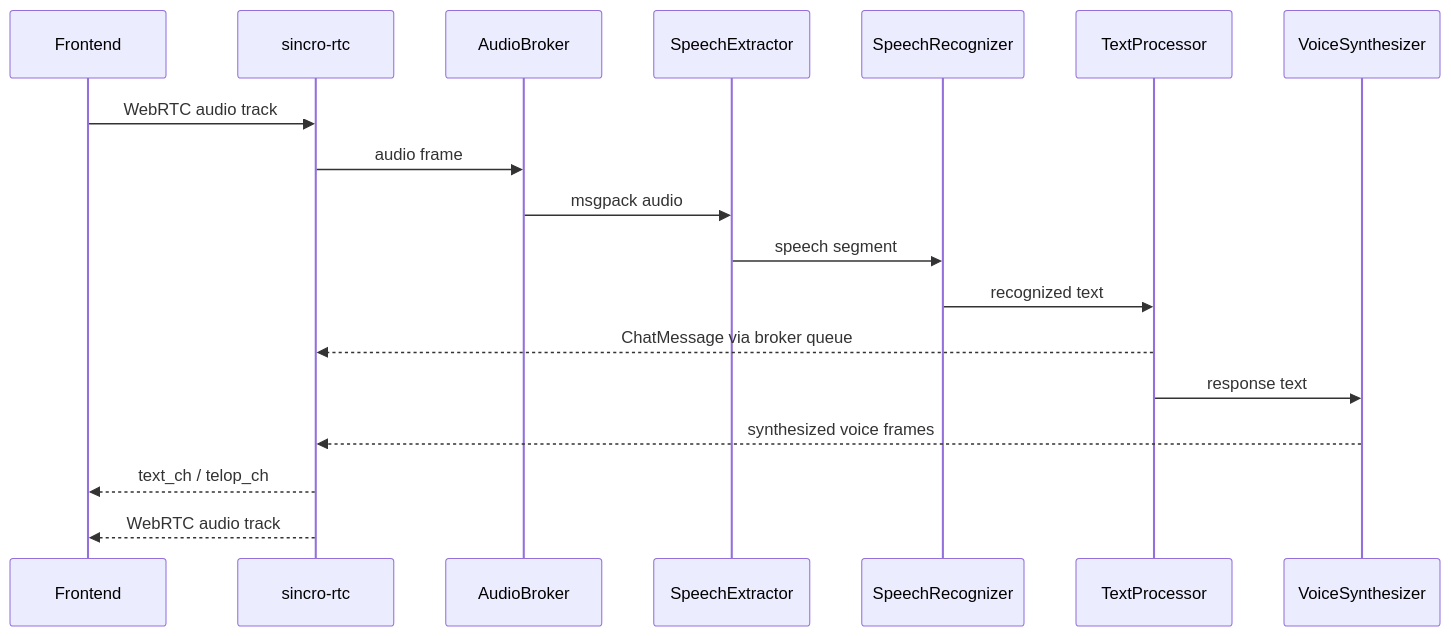
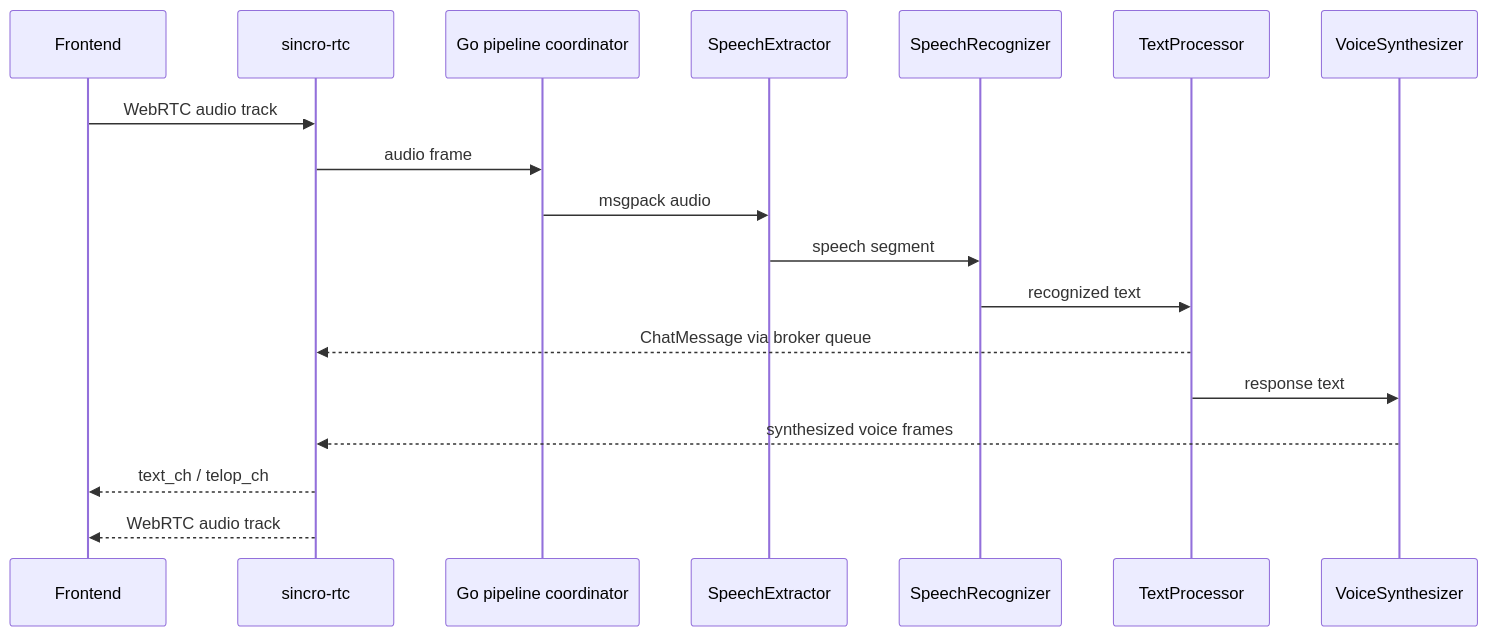
The diagram in documents/design/architecture/runtime-flow.md (Sincromisor/Sincromisor), drawn with Mermaid before and after one commit. The commit also changed other lines of this file and 19 other files, not shown here.

````diff
--- a/documents/design/architecture/runtime-flow.md
+++ b/documents/design/architecture/runtime-flow.md
@@ -30,21 +30,21 @@
 ```mermaid
 sequenceDiagram
     participant F as Frontend
     participant R as sincro-rtc
-    participant B as AudioBroker
+    participant B as Go pipeline coordinator
     participant E as SpeechExtractor
     participant A as SpeechRecognizer
     participant T as TextProcessor
     participant V as VoiceSynthesizer
 
     F->>R: WebRTC audio track
     R->>B: audio frame
     B->>E: msgpack audio
     E->>A: speech segment
     A->>T: recognized text
     T-->>R: ChatMessage via broker queue
     T->>V: response text
     V-->>R: synthesized voice frames
     R-->>F: text_ch / telop_ch
     R-->>F: WebRTC audio track
 ```
````
